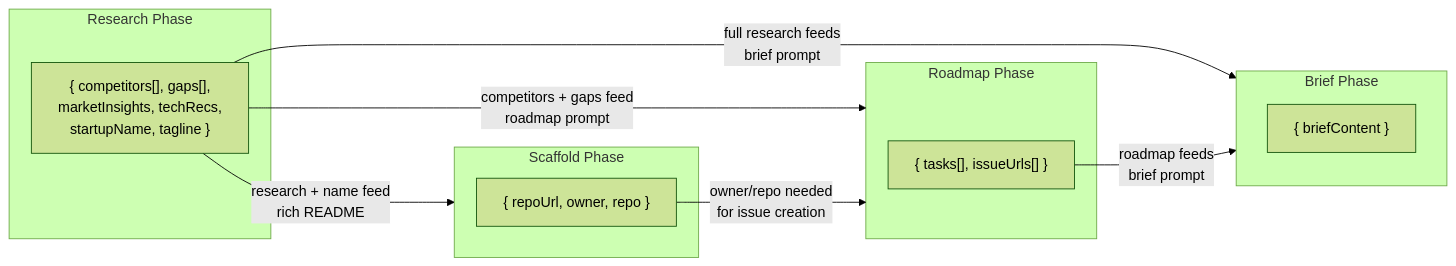
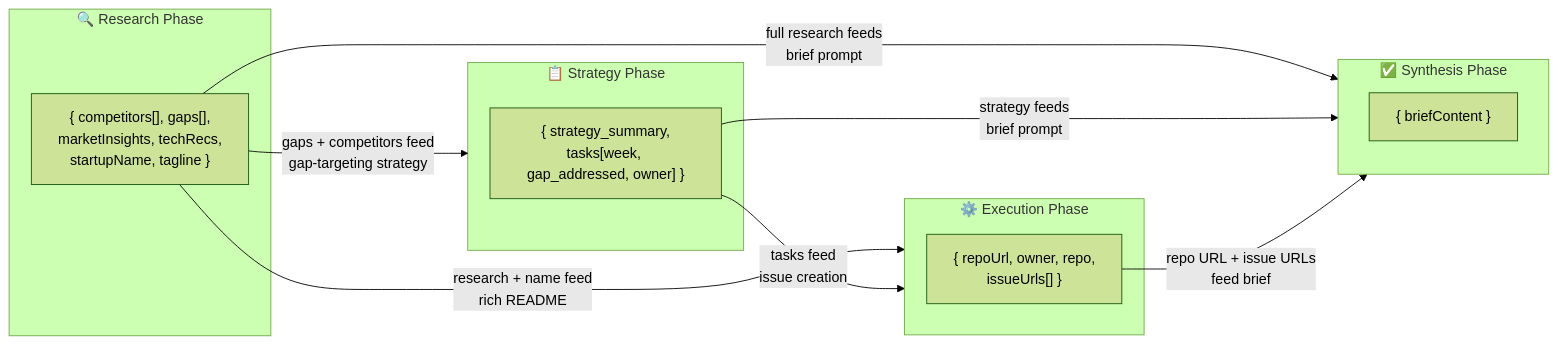
One commit to Abeera81/zerotorepo changed the fifth of 6 diagrams in TechDesign-ZeroToRepo-MVP.md. Above: the diagram before and after it, drawn with Mermaid (forest theme). The commit also changed other lines of this file, not shown here.

First line of the commit message:
docs: update TechDesign to reflect current 4-phase pipeline

````diff
--- a/TechDesign-ZeroToRepo-MVP.md
+++ b/TechDesign-ZeroToRepo-MVP.md
@@ -595,24 +732,25 @@
 ```mermaid
 flowchart LR
-    subgraph P1["Research Phase"]
+    subgraph P1["🔍 Research Phase"]
         P1out["{ competitors[], gaps[],<br/>marketInsights, techRecs,<br/>startupName, tagline }"]
     end
 
-    subgraph P2["Scaffold Phase"]
-        P2out["{ repoUrl, owner, repo }"]
+    subgraph P2["📋 Strategy Phase"]
+        P2out["{ strategy_summary,<br/>tasks[week, gap_addressed, owner] }"]
     end
 
-    subgraph P3["Roadmap Phase"]
-        P3out["{ tasks[], issueUrls[] }"]
+    subgraph P3["⚙️ Execution Phase"]
+        P3out["{ repoUrl, owner, repo,<br/>issueUrls[] }"]
     end
 
-    subgraph P4["Brief Phase"]
+    subgraph P4["✅ Synthesis Phase"]
         P4out["{ briefContent }"]
     end
 
-    P1out -- "research + name feed<br/>rich README" --> P2
-    P1out -- "competitors + gaps feed<br/>roadmap prompt" --> P3
+    P1out -- "gaps + competitors feed<br/>gap-targeting strategy" --> P2
+    P1out -- "research + name feed<br/>rich README" --> P3
+    P2out -- "tasks feed<br/>issue creation" --> P3
     P1out -- "full research feeds<br/>brief prompt" --> P4
-    P2out -- "owner/repo needed<br/>for issue creation" --> P3
-    P3out -- "roadmap feeds<br/>brief prompt" --> P4
+    P2out -- "strategy feeds<br/>brief prompt" --> P4
+    P3out -- "repo URL + issue URLs<br/>feed brief" --> P4
 ```
````
